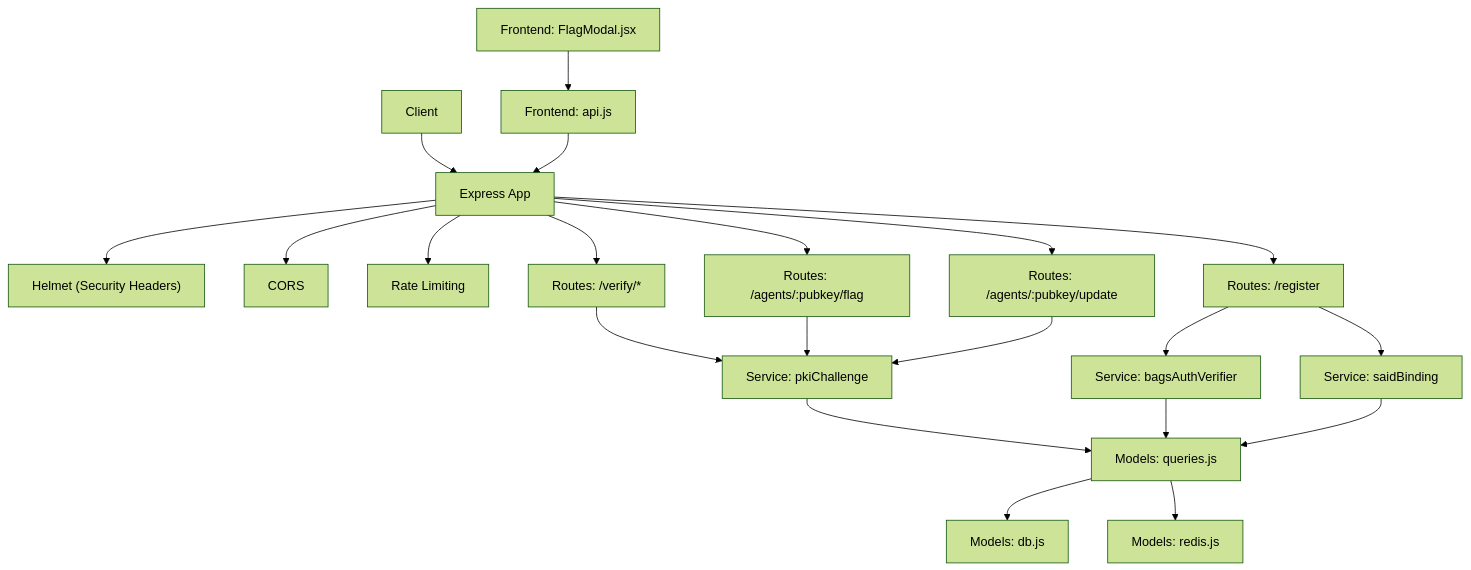
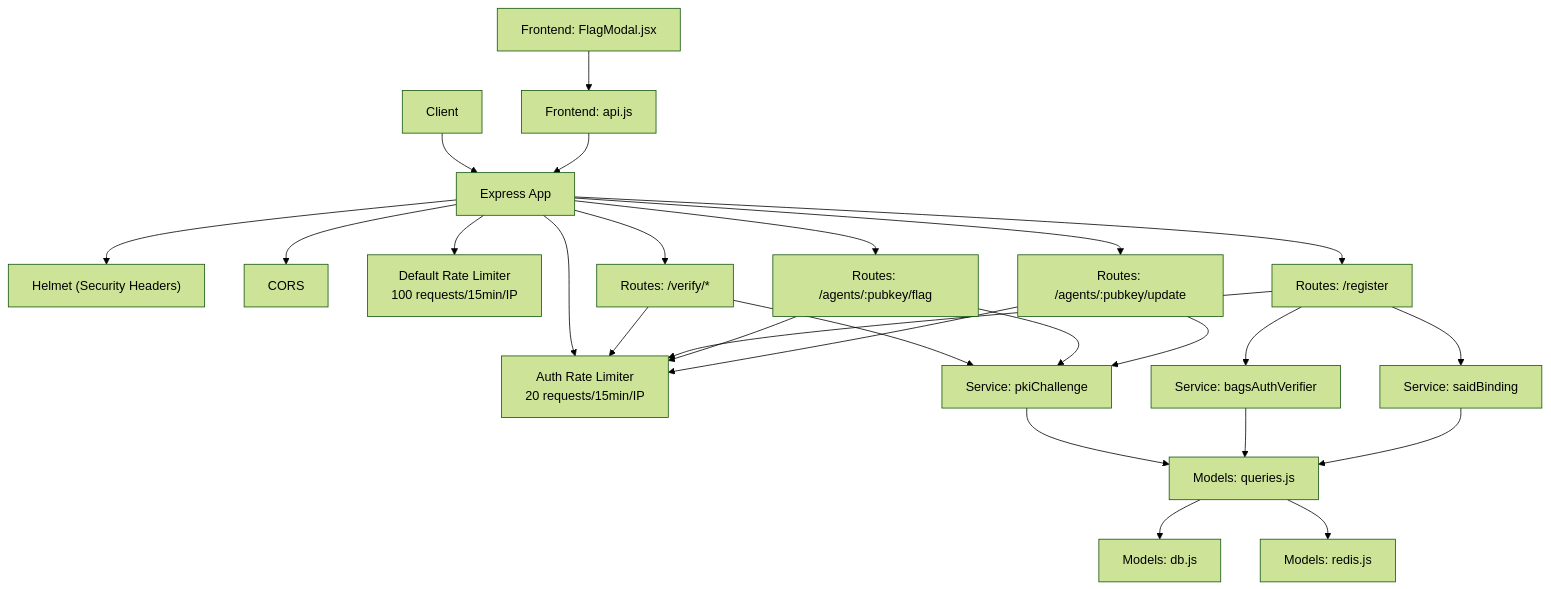
Before and after one commit to RunTimeAdmin/AgentID: the first of 9 diagrams in .qoder/repowiki/en/content/Security Implementation.md, drawn with Mermaid (forest theme). The commit also changed other lines of this file and 9 other files, not shown here.

````diff
--- a/.qoder/repowiki/en/content/Security Implementation.md
+++ b/.qoder/repowiki/en/content/Security Implementation.md
@@ -59,40 +58,46 @@
 ```mermaid
 graph TB
 Client["Client"]
 Helmet["Helmet (Security Headers)"]
 CORS["CORS"]
-RateLimit["Rate Limiting"]
+DefaultLimiter["Default Rate Limiter<br/>100 requests/15min/IP"]
+AuthLimiter["Auth Rate Limiter<br/>20 requests/15min/IP"]
 Express["Express App"]
 RoutesVerify["Routes: /verify/*"]
 RoutesRegister["Routes: /register"]
 RoutesAttestations["Routes: /agents/:pubkey/flag"]
 RoutesAgents["Routes: /agents/:pubkey/update"]
 ServicesPKI["Service: pkiChallenge"]
 ServicesBags["Service: bagsAuthVerifier"]
 ServicesSAID["Service: saidBinding"]
 ModelsQueries["Models: queries.js"]
 ModelsDB["Models: db.js"]
 ModelsRedis["Models: redis.js"]
 FrontendFlag["Frontend: FlagModal.jsx"]
 FrontendAPI["Frontend: api.js"]
 Client --> Express
 Express --> Helmet
 Express --> CORS
-Express --> RateLimit
+Express --> DefaultLimiter
+Express --> AuthLimiter
 Express --> RoutesVerify
 Express --> RoutesRegister
 Express --> RoutesAttestations
 Express --> RoutesAgents
+RoutesVerify --> AuthLimiter
+RoutesRegister --> AuthLimiter
+RoutesAttestations --> AuthLimiter
+RoutesAgents --> AuthLimiter
 RoutesVerify --> ServicesPKI
 RoutesRegister --> ServicesBags
 RoutesRegister --> ServicesSAID
 RoutesAttestations --> ServicesPKI
 RoutesAgents --> ServicesPKI
 ServicesPKI --> ModelsQueries
 ServicesBags --> ModelsQueries
 ServicesSAID --> ModelsQueries
 ModelsQueries --> ModelsDB
 ModelsQueries --> ModelsRedis
 FrontendFlag --> FrontendAPI
 FrontendAPI --> Express
 ```
````
